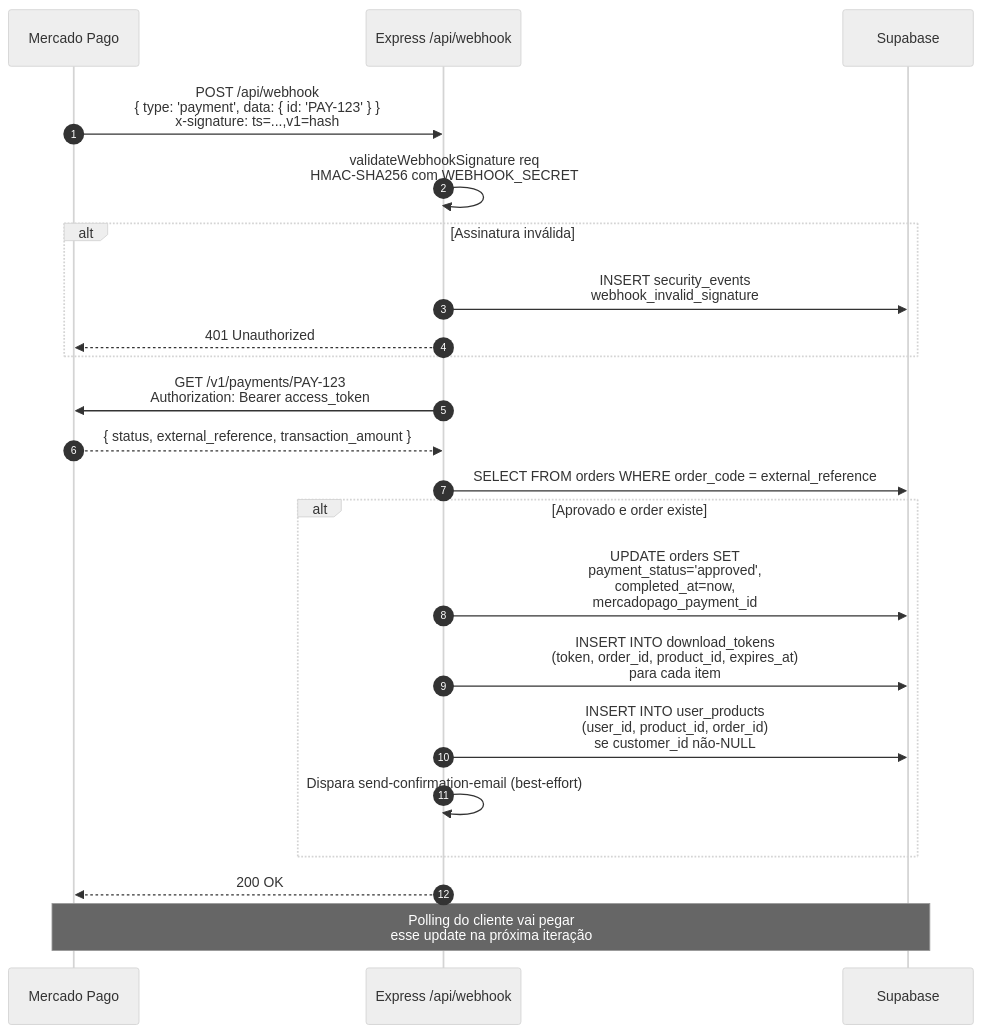
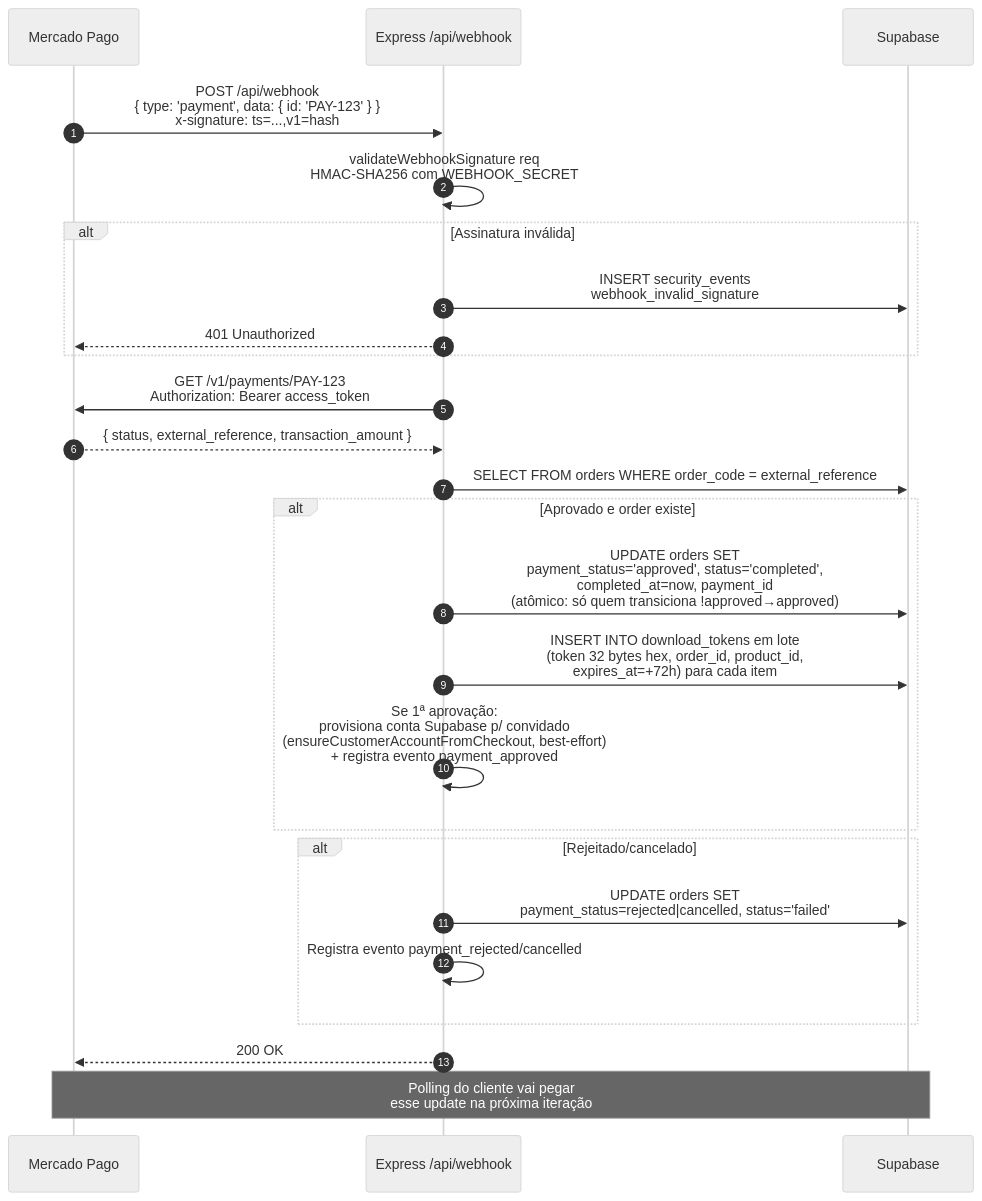
One commit to JoaoLuisC/Atelie-escolar changed the sixth of 10 diagrams in docs/ProjectDocs/05-FLUXOS.md. Above: the diagram before and after it, drawn with Mermaid (neutral theme). The commit also changed other lines of this file and 158 other files, not shown here.

````diff
--- a/docs/ProjectDocs/05-FLUXOS.md
+++ b/docs/ProjectDocs/05-FLUXOS.md
@@ -188,25 +188,28 @@
 ```mermaid
 sequenceDiagram
     autonumber
     participant MP as Mercado Pago
     participant API as Express /api/webhook
     participant DB as Supabase
 
     MP->>API: POST /api/webhook<br/>{ type: 'payment', data: { id: 'PAY-123' } }<br/>x-signature: ts=...,v1=hash
     API->>API: validateWebhookSignature req<br/>HMAC-SHA256 com WEBHOOK_SECRET
     alt Assinatura inválida
         API->>DB: INSERT security_events<br/>webhook_invalid_signature
         API-->>MP: 401 Unauthorized
     end
     API->>MP: GET /v1/payments/PAY-123<br/>Authorization: Bearer access_token
     MP-->>API: { status, external_reference, transaction_amount }
     API->>DB: SELECT FROM orders WHERE order_code = external_reference
     alt Aprovado e order existe
-        API->>DB: UPDATE orders SET<br/>payment_status='approved',<br/>completed_at=now,<br/>mercadopago_payment_id
-        API->>DB: INSERT INTO download_tokens<br/>(token, order_id, product_id, expires_at)<br/>para cada item
-        API->>DB: INSERT INTO user_products<br/>(user_id, product_id, order_id)<br/>se customer_id não-NULL
-        API->>API: Dispara send-confirmation-email (best-effort)
+        API->>DB: UPDATE orders SET<br/>payment_status='approved', status='completed',<br/>completed_at=now, payment_id<br/>(atômico: só quem transiciona !approved→approved)
+        API->>DB: INSERT INTO download_tokens em lote<br/>(token 32 bytes hex, order_id, product_id,<br/>expires_at=+72h) para cada item
+        API->>API: Se 1ª aprovação:<br/>provisiona conta Supabase p/ convidado<br/>(ensureCustomerAccountFromCheckout, best-effort)<br/>+ registra evento payment_approved
+    end
+    alt Rejeitado/cancelado
+        API->>DB: UPDATE orders SET<br/>payment_status=rejected|cancelled, status='failed'
+        API->>API: Registra evento payment_rejected/cancelled
     end
     API-->>MP: 200 OK
     Note over MP,DB: Polling do cliente vai pegar<br/>esse update na próxima iteração
 ```
````
